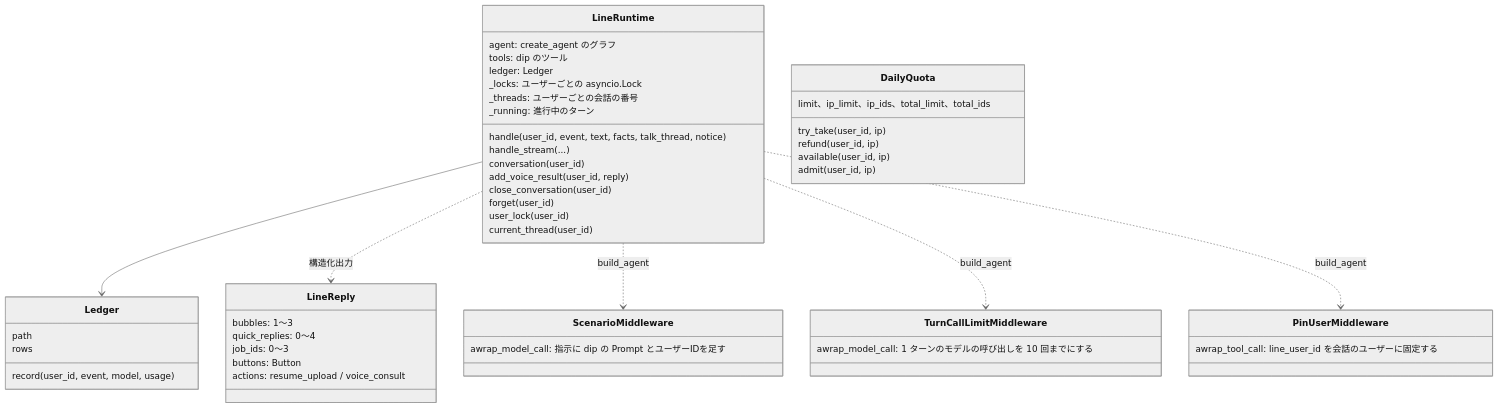
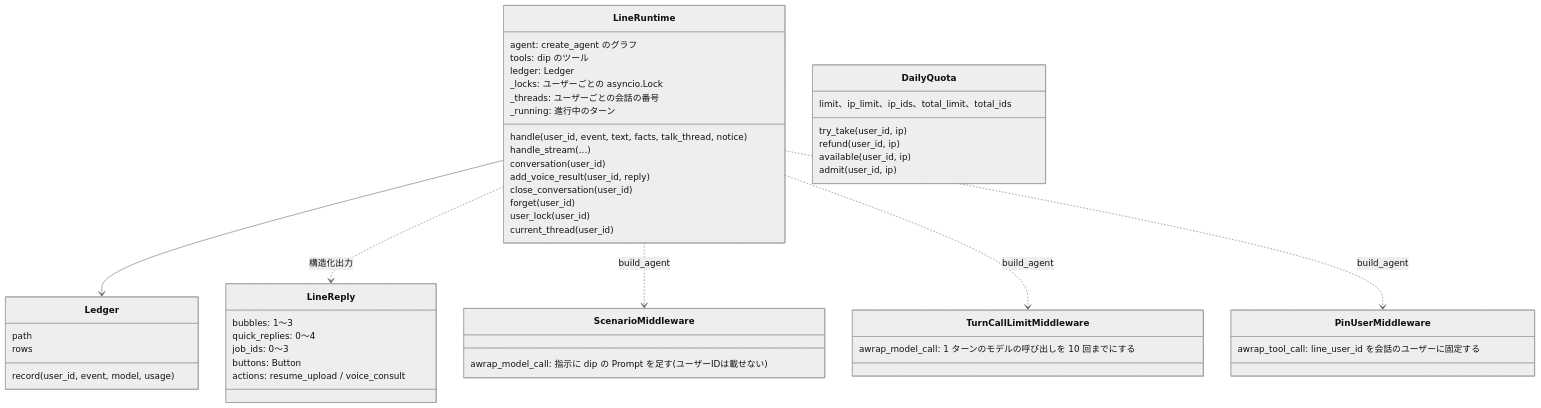
The second of 11 diagrams in docs/architecture/lld.md (jyoka/aica), drawn with Mermaid (neutral theme) before and after one commit. The commit also changed other lines of this file and 19 other files, not shown here.

````diff
--- a/docs/architecture/lld.md
+++ b/docs/architecture/lld.md
@@ -122,52 +122,52 @@
 ```mermaid
 classDiagram
     class LineRuntime {
         agent: create_agent のグラフ
         tools: dip のツール
         ledger: Ledger
         _locks: ユーザーごとの asyncio.Lock
         _threads: ユーザーごとの会話の番号
         _running: 進行中のターン
         handle(user_id, event, text, facts, talk_thread, notice)
         handle_stream(...)
         conversation(user_id)
         add_voice_result(user_id, reply)
         close_conversation(user_id)
         forget(user_id)
         user_lock(user_id)
         current_thread(user_id)
     }
     class LineReply {
         bubbles: 1〜3
         quick_replies: 0〜4
         job_ids: 0〜3
         buttons: Button
         actions: resume_upload / voice_consult
     }
     class Ledger {
         path
         rows
         record(user_id, event, model, usage)
     }
     class DailyQuota {
         limit、ip_limit、ip_ids、total_limit、total_ids
         try_take(user_id, ip)
         refund(user_id, ip)
         available(user_id, ip)
         admit(user_id, ip)
     }
     class ScenarioMiddleware {
-        awrap_model_call: 指示に dip の Prompt とユーザーIDを足す
+        awrap_model_call: 指示に dip の Prompt を足す(ユーザーIDは載せない)
     }
     class TurnCallLimitMiddleware {
         awrap_model_call: 1 ターンのモデルの呼び出しを 10 回までにする
     }
     class PinUserMiddleware {
         awrap_tool_call: line_user_id を会話のユーザーに固定する
     }
     LineRuntime --> Ledger
     LineRuntime ..> LineReply : 構造化出力
     LineRuntime ..> ScenarioMiddleware : build_agent
     LineRuntime ..> TurnCallLimitMiddleware : build_agent
     LineRuntime ..> PinUserMiddleware : build_agent
 ```
````
